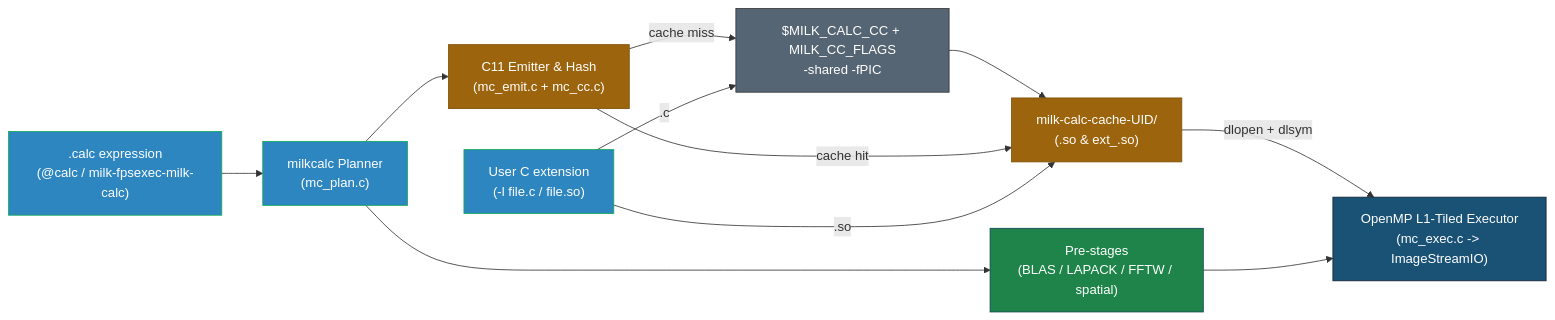
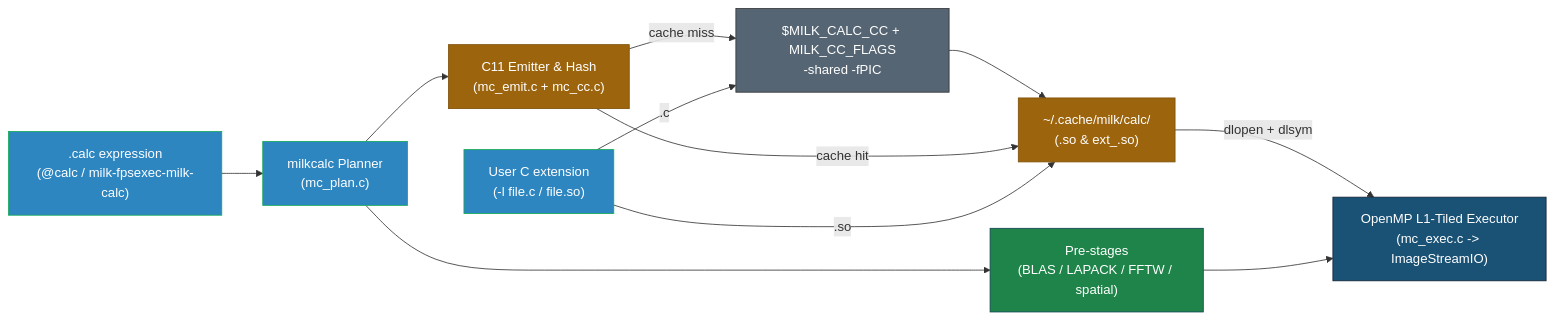
Before and after one commit to milk-org/milk: the fourth of 4 diagrams in docs/arch/dependency_graph.md, drawn with Mermaid. The commit also changed other lines of this file and 23 other files, not shown here.

````diff
--- a/docs/arch/dependency_graph.md
+++ b/docs/arch/dependency_graph.md
@@ -386,28 +386,28 @@
 ```mermaid
 flowchart LR
     EXPR[".calc expression\n(@calc / milk-fpsexec-milk-calc)"]:::fw
     EXTSRC["User C extension\n(-l file.c / file.so)"]:::fw
     PLAN["milkcalc Planner\n(mc_plan.c)"]:::fw
     PRESTAGE["Pre-stages\n(BLAS / LAPACK / FFTW / spatial)"]:::coremod
     EMIT["C11 Emitter & Hash\n(mc_emit.c + mc_cc.c)"]:::jit
     GCC["$MILK_CALC_CC + MILK_CC_FLAGS\n-shared -fPIC"]:::ext
-    CACHE["milk-calc-cache-UID/\n(<key>.so & ext_<key>.so)"]:::jit
+    CACHE["~/.cache/milk/calc/\n(<key>.so & ext_<key>.so)"]:::jit
     EXEC["OpenMP L1-Tiled Executor\n(mc_exec.c -> ImageStreamIO)"]:::core
 
     EXPR --> PLAN
     PLAN --> PRESTAGE
     PLAN --> EMIT
     EMIT -->|cache miss| GCC
     GCC --> CACHE
     EMIT -->|cache hit| CACHE
     EXTSRC -->|".c"| GCC
     EXTSRC -->|".so"| CACHE
     CACHE -->|"dlopen + dlsym"| EXEC
     PRESTAGE --> EXEC
 
     classDef ext fill:#566573,stroke:#333,color:#fff
     classDef core fill:#1a5276,stroke:#123,color:#fff
     classDef coremod fill:#1e8449,stroke:#145,color:#fff
     classDef fw fill:#2e86c1,stroke:#1a5,color:#fff
     classDef jit fill:#9c640c,stroke:#7e5109,color:#fff
 ```
````
